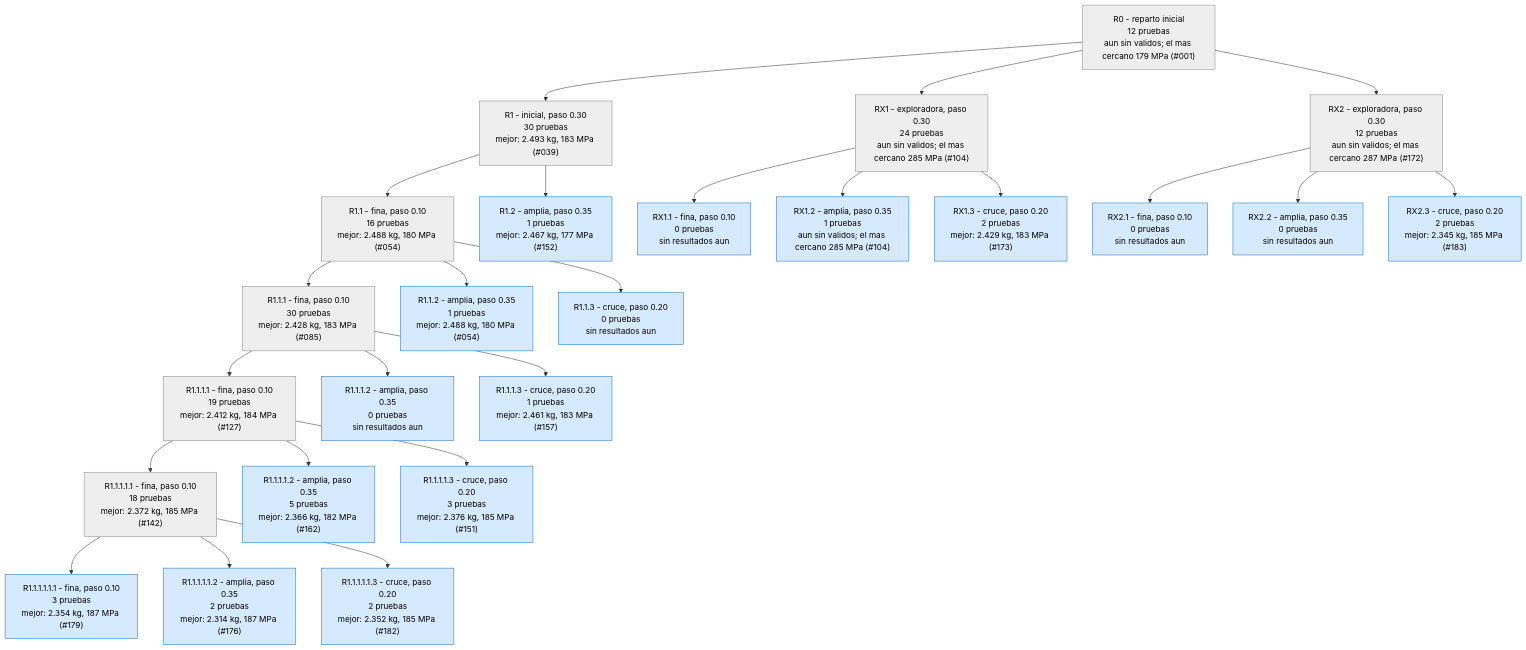
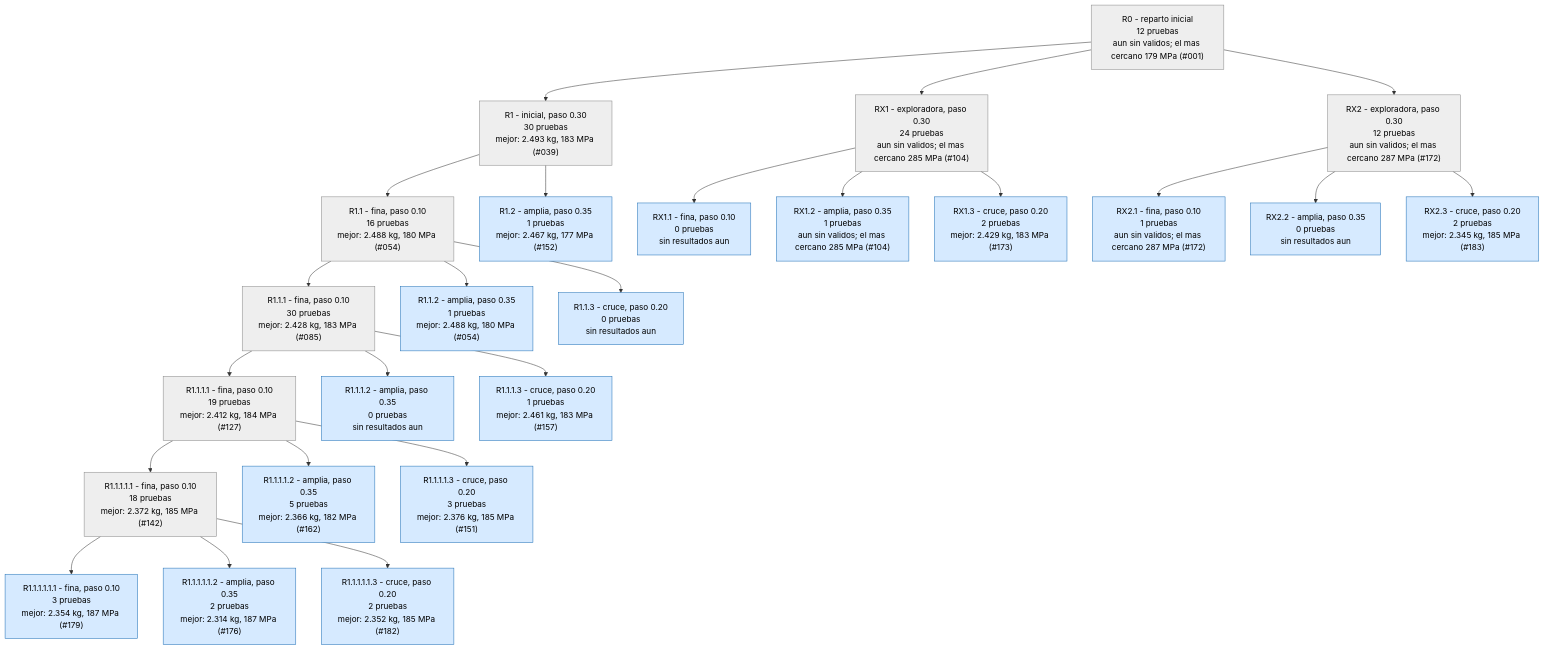
One commit to Hugiko/msd-soporte-optimizacion changed the second of 4 diagrams in runs/opt_37800N/ARBOL.md. Above: the diagram before and after it, drawn with Mermaid. The commit also changed 21 other files, not shown here.

````diff
--- a/runs/opt_37800N/ARBOL.md
+++ b/runs/opt_37800N/ARBOL.md
@@ -41,53 +41,53 @@
 ```mermaid
 graph TD
 classDef activa fill:#d6eaff,stroke:#1f6fb5,color:#000
 classDef fin fill:#eeeeee,stroke:#888,color:#000
 classDef mejor fill:#c8f0c0,stroke:#1a9850,stroke-width:4px,color:#000
 R0["R0 - reparto inicial<br/>12 pruebas<br/>aun sin validos; el mas cercano 179 MPa (#001)"]:::fin
 R1["R1 - inicial, paso 0.30<br/>30 pruebas<br/>mejor: 2.493 kg, 183 MPa (#039)"]:::fin
 R0 --> R1
 R1_1["R1.1 - fina, paso 0.10<br/>16 pruebas<br/>mejor: 2.488 kg, 180 MPa (#054)"]:::fin
 R1 --> R1_1
 R1_2["R1.2 - amplia, paso 0.35<br/>1 pruebas<br/>mejor: 2.467 kg, 177 MPa (#152)"]:::activa
 R1 --> R1_2
 R1_1_1["R1.1.1 - fina, paso 0.10<br/>30 pruebas<br/>mejor: 2.428 kg, 183 MPa (#085)"]:::fin
 R1_1 --> R1_1_1
 R1_1_2["R1.1.2 - amplia, paso 0.35<br/>1 pruebas<br/>mejor: 2.488 kg, 180 MPa (#054)"]:::activa
 R1_1 --> R1_1_2
 R1_1_3["R1.1.3 - cruce, paso 0.20<br/>0 pruebas<br/>sin resultados aun"]:::activa
 R1_1 --> R1_1_3
 R1_1_1_1["R1.1.1.1 - fina, paso 0.10<br/>19 pruebas<br/>mejor: 2.412 kg, 184 MPa (#127)"]:::fin
 R1_1_1 --> R1_1_1_1
 R1_1_1_2["R1.1.1.2 - amplia, paso 0.35<br/>0 pruebas<br/>sin resultados aun"]:::activa
 R1_1_1 --> R1_1_1_2
 R1_1_1_3["R1.1.1.3 - cruce, paso 0.20<br/>1 pruebas<br/>mejor: 2.461 kg, 183 MPa (#157)"]:::activa
 R1_1_1 --> R1_1_1_3
 RX1["RX1 - exploradora, paso 0.30<br/>24 pruebas<br/>aun sin validos; el mas cercano 285 MPa (#104)"]:::fin
 R0 --> RX1
 RX1_1["RX1.1 - fina, paso 0.10<br/>0 pruebas<br/>sin resultados aun"]:::activa
 RX1 --> RX1_1
 RX1_2["RX1.2 - amplia, paso 0.35<br/>1 pruebas<br/>aun sin validos; el mas cercano 285 MPa (#104)"]:::activa
 RX1 --> RX1_2
 RX1_3["RX1.3 - cruce, paso 0.20<br/>2 pruebas<br/>mejor: 2.429 kg, 183 MPa (#173)"]:::activa
 RX1 --> RX1_3
 R1_1_1_1_1["R1.1.1.1.1 - fina, paso 0.10<br/>18 pruebas<br/>mejor: 2.372 kg, 185 MPa (#142)"]:::fin
 R1_1_1_1 --> R1_1_1_1_1
 R1_1_1_1_2["R1.1.1.1.2 - amplia, paso 0.35<br/>5 pruebas<br/>mejor: 2.366 kg, 182 MPa (#162)"]:::activa
 R1_1_1_1 --> R1_1_1_1_2
 R1_1_1_1_3["R1.1.1.1.3 - cruce, paso 0.20<br/>3 pruebas<br/>mejor: 2.376 kg, 185 MPa (#151)"]:::activa
 R1_1_1_1 --> R1_1_1_1_3
 R1_1_1_1_1_1["R1.1.1.1.1.1 - fina, paso 0.10<br/>3 pruebas<br/>mejor: 2.354 kg, 187 MPa (#179)"]:::activa
 R1_1_1_1_1 --> R1_1_1_1_1_1
 R1_1_1_1_1_2["R1.1.1.1.1.2 - amplia, paso 0.35<br/>2 pruebas<br/>mejor: 2.314 kg, 187 MPa (#176)"]:::activa
 R1_1_1_1_1 --> R1_1_1_1_1_2
 R1_1_1_1_1_3["R1.1.1.1.1.3 - cruce, paso 0.20<br/>2 pruebas<br/>mejor: 2.352 kg, 185 MPa (#182)"]:::activa
 R1_1_1_1_1 --> R1_1_1_1_1_3
 RX2["RX2 - exploradora, paso 0.30<br/>12 pruebas<br/>aun sin validos; el mas cercano 287 MPa (#172)"]:::fin
 R0 --> RX2
-RX2_1["RX2.1 - fina, paso 0.10<br/>0 pruebas<br/>sin resultados aun"]:::activa
+RX2_1["RX2.1 - fina, paso 0.10<br/>1 pruebas<br/>aun sin validos; el mas cercano 287 MPa (#172)"]:::activa
 RX2 --> RX2_1
 RX2_2["RX2.2 - amplia, paso 0.35<br/>0 pruebas<br/>sin resultados aun"]:::activa
 RX2 --> RX2_2
 RX2_3["RX2.3 - cruce, paso 0.20<br/>2 pruebas<br/>mejor: 2.345 kg, 185 MPa (#183)"]:::activa
 RX2 --> RX2_3
 ```
````
